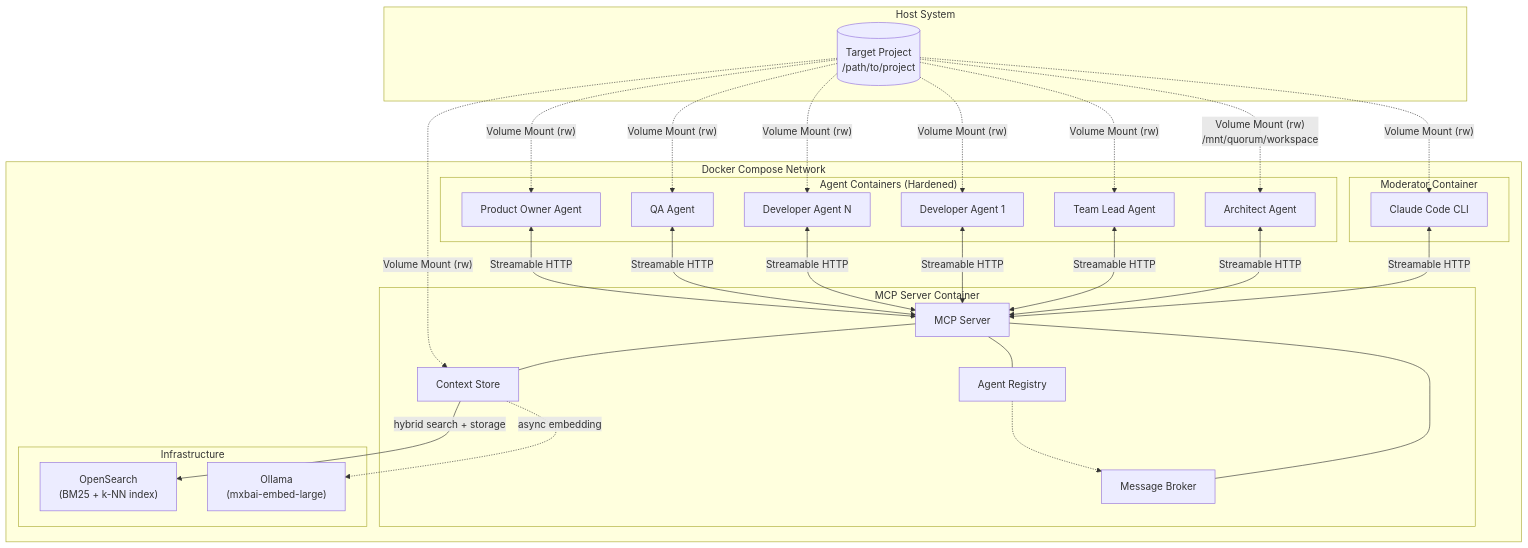
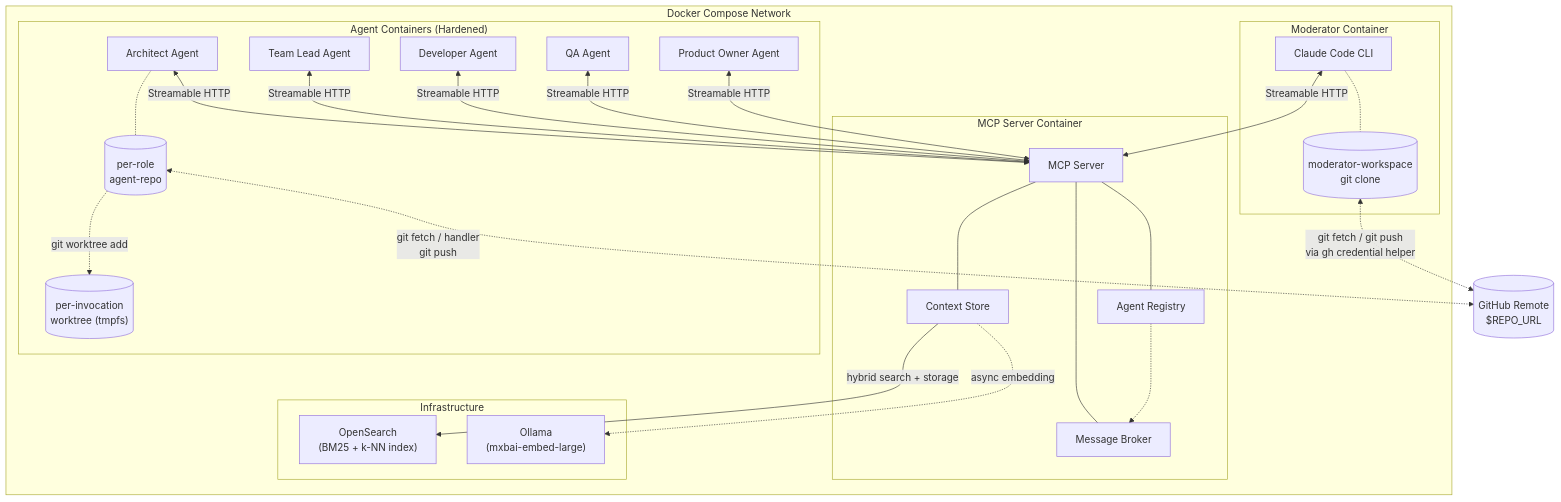
The first of 5 diagrams in docs/system-design.md (ia64mail/quorum), drawn with Mermaid before and after one commit. The commit also changed other lines of this file, not shown here.

First line of the commit message:
docs(system-design): rewrite for QRM8 git-as-transport workspace

````diff
--- a/docs/system-design.md
+++ b/docs/system-design.md
@@ -9,57 +9,53 @@
 ```mermaid
 graph TB
-    subgraph "Host System"
-        HV[("Target Project<br/>/path/to/project")]
-    end
+    GH[("GitHub Remote<br/>$REPO_URL")]
 
     subgraph "Docker Compose Network"
         subgraph "Moderator Container"
             MOD[Claude Code CLI]
+            MODREPO[("moderator-workspace<br/>git clone")]
+            MOD -.- MODREPO
         end
 
         subgraph "MCP Server Container"
             MCP[MCP Server]
             REG[Agent Registry]
             MSG[Message Broker]
             CTX[Context Store]
             MCP --- REG
             MCP --- MSG
             MCP --- CTX
             REG -.-> MSG
         end
 
         subgraph "Infrastructure"
             OS["OpenSearch<br/>(BM25 + k-NN index)"]
             OLL["Ollama<br/>(mxbai-embed-large)"]
         end
 
         subgraph "Agent Containers (Hardened)"
             A1[Architect Agent]
             A2[Team Lead Agent]
-            A3[Developer Agent 1]
-            A4[Developer Agent N]
-            A5[QA Agent]
-            A6[Product Owner Agent]
+            A3[Developer Agent]
+            A4[QA Agent]
+            A5[Product Owner Agent]
+            AREPO[("per-role<br/>agent-repo")]
+            AWT[("per-invocation<br/>worktree (tmpfs)")]
+            A1 -.- AREPO
+            AREPO -.->|"git worktree add"| AWT
         end
 
         CTX -->|"hybrid search + storage"| OS
         CTX -.->|"async embedding"| OLL
 
         MOD <-->|Streamable HTTP| MCP
         A1 <-->|Streamable HTTP| MCP
         A2 <-->|Streamable HTTP| MCP
         A3 <-->|Streamable HTTP| MCP
         A4 <-->|Streamable HTTP| MCP
         A5 <-->|Streamable HTTP| MCP
-        A6 <-->|Streamable HTTP| MCP
     end
 
-    HV -.->|"Volume Mount (rw)"| MOD
-    HV -.->|"Volume Mount (rw)"| CTX
-    HV -.->|"Volume Mount (rw)<br/>/mnt/quorum/workspace"| A1
-    HV -.->|"Volume Mount (rw)"| A2
-    HV -.->|"Volume Mount (rw)"| A3
-    HV -.->|"Volume Mount (rw)"| A4
-    HV -.->|"Volume Mount (rw)"| A5
-    HV -.->|"Volume Mount (rw)"| A6
+    MODREPO <-.->|"git fetch / git push<br/>via gh credential helper"| GH
+    AREPO <-.->|"git fetch / handler<br/>git push"| GH
 ```
````
